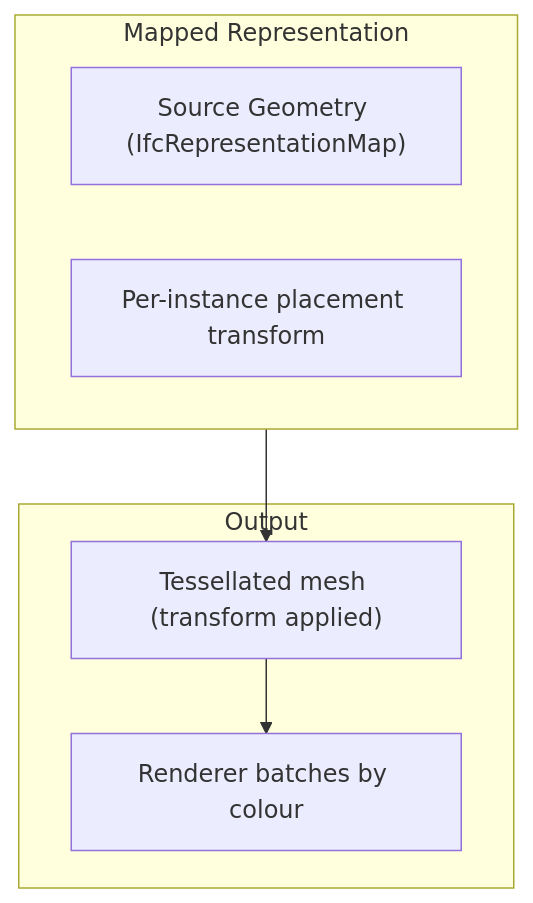
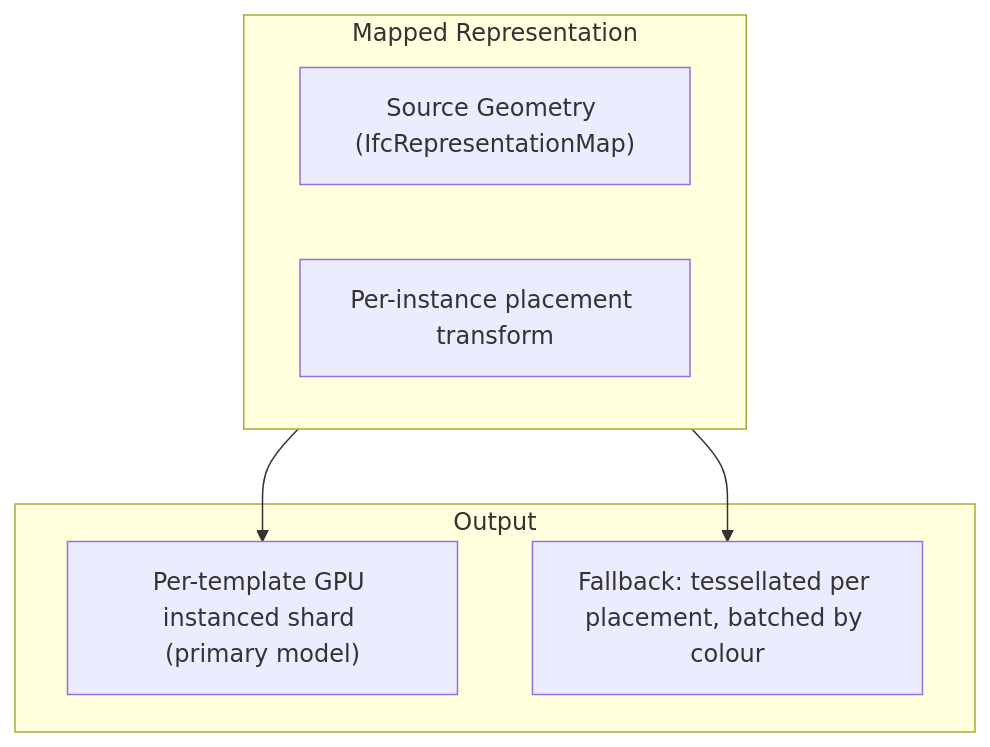
Diagram 12 of 13 in docs/architecture/geometry-pipeline.md (LTplus-AG/ifc-lite), drawn with Mermaid before and after one commit. The commit also changed other lines of this file and 70 other files, not shown here.

````diff
--- a/docs/architecture/geometry-pipeline.md
+++ b/docs/architecture/geometry-pipeline.md
@@ -446,15 +452,15 @@
 ```mermaid
 flowchart TB
     subgraph Definition["Mapped Representation"]
         Source["Source Geometry (IfcRepresentationMap)"]
         Transform["Per-instance placement transform"]
     end
 
     subgraph Output["Output"]
-        Mesh["Tessellated mesh (transform applied)"]
-        Batch["Renderer batches by colour"]
+        Instanced["Per-template GPU instanced shard (primary model)"]
+        Fallback["Fallback: tessellated per placement, batched by colour"]
     end
 
-    Definition --> Mesh
-    Mesh --> Batch
+    Definition --> Instanced
+    Definition --> Fallback
 ```
````
